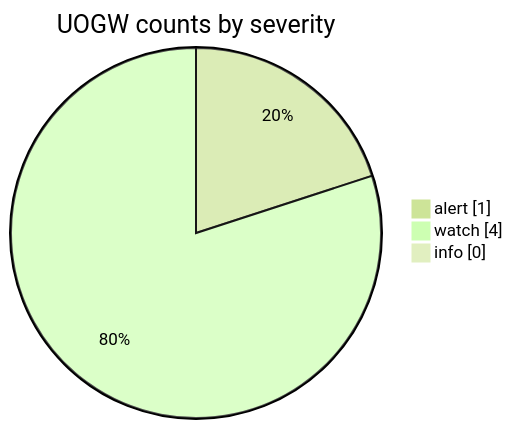
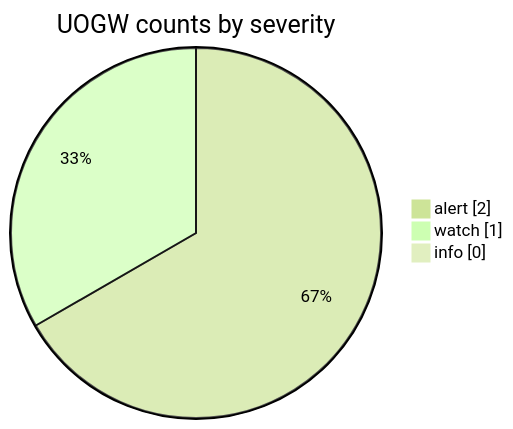
One commit to Midwest-Stratospheric/aerostratospheric-defense-gir changed the fourth of 6 diagrams in docs/GRAPHS.md. Above: the diagram before and after it, drawn with Mermaid (forest theme). The commit also changed other lines of this file and 24 other files, not shown here.

````diff
--- a/docs/GRAPHS.md
+++ b/docs/GRAPHS.md
@@ -66,7 +66,7 @@
 ```mermaid
 pie showData
   title UOGW counts by severity
-  "alert" : 1
-  "watch" : 4
+  "alert" : 2
+  "watch" : 1
   "info" : 0
 ```
````
